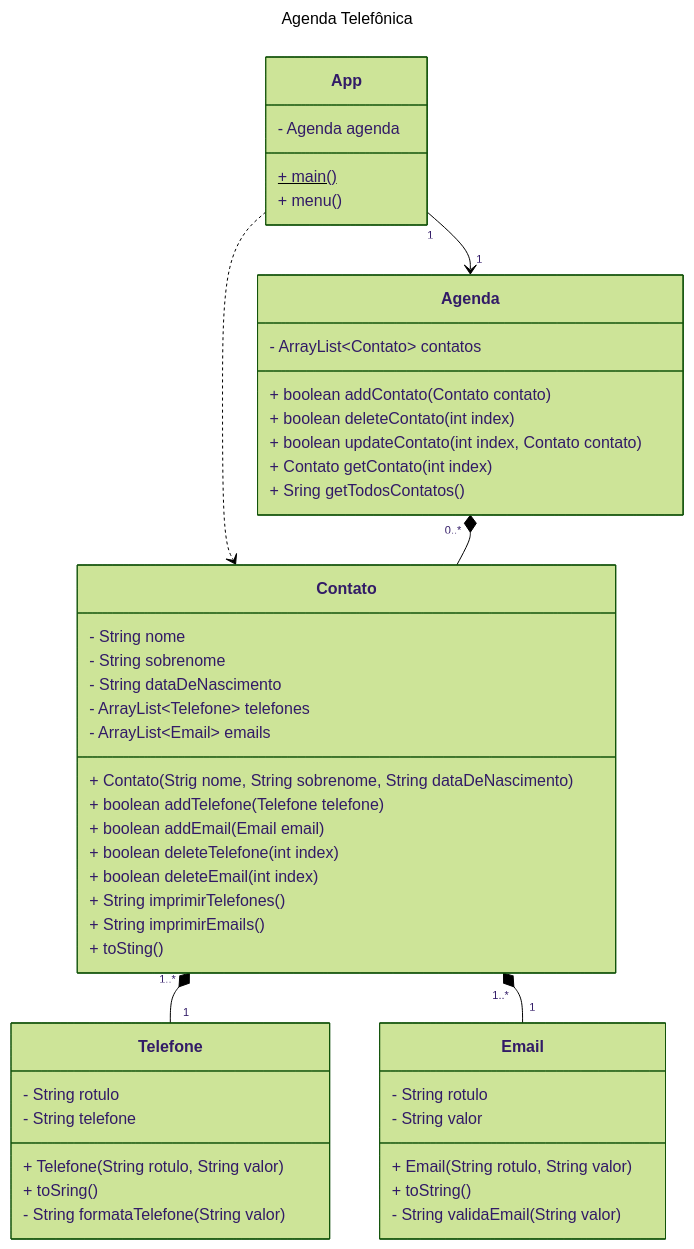
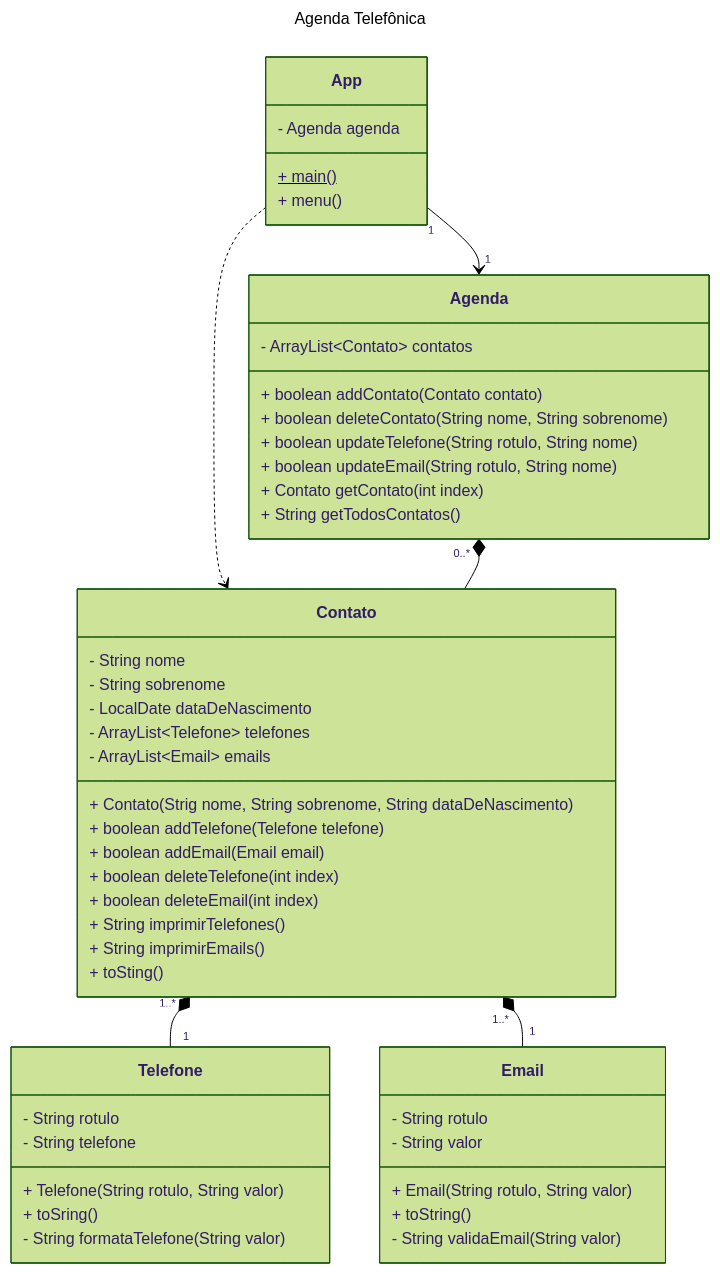
Before and after one commit to riedel-gabriela/opp1repo: the diagram in aula-10/README.md, drawn with Mermaid (forest theme). The commit also changed 2 other files, not shown here.

Commit message:
chore: adicionei meia implementação de agenda

````diff
--- a/aula-10/README.md
+++ b/aula-10/README.md
@@ -3,56 +3,57 @@
 ```mermaid
 ---
 title: Agenda Telefônica
 ---
 
 classDiagram
     App "1" --> "1" Agenda
     App ..> Contato
     Agenda "0..*" *-- Contato
     Contato "1..*" *-- "1" Telefone
     Contato "1..*" *-- "1" Email
     class App {
         - Agenda agenda
         + main()$
         + menu()
     }
     class Agenda {
         - ArrayList~Contato~ contatos
         + boolean addContato(Contato contato)
-        + boolean deleteContato(int index)
-        + boolean updateContato(int index, Contato contato)
+        + boolean deleteContato(String nome, String sobrenome)
+        + boolean updateTelefone(String rotulo, String nome)
+        + boolean updateEmail(String rotulo, String nome)
         + Contato getContato(int index)
-        + Sring getTodosContatos()
+        + String getTodosContatos()
     }
     class Contato {
         - String nome
         - String sobrenome
-        - String dataDeNascimento
+        - LocalDate dataDeNascimento
         - ArrayList~Telefone~ telefones
         - ArrayList~Email~ emails
         + Contato(Strig nome, String sobrenome, String dataDeNascimento)
         + boolean addTelefone(Telefone telefone)
         + boolean addEmail(Email email)
         + boolean deleteTelefone(int index)
         + boolean deleteEmail(int index)
         + String imprimirTelefones()
         + String imprimirEmails()
         + toSting()
         
     }
     class Telefone {
         - String rotulo
         - String telefone
         + Telefone(String rotulo, String valor)
         + toSring()
         - String formataTelefone(String valor)
     }
     class Email {
         - String rotulo
         - String valor
         + Email(String rotulo, String valor)
         + toString()
         - String validaEmail(String valor)
     }
     
 ```
````
